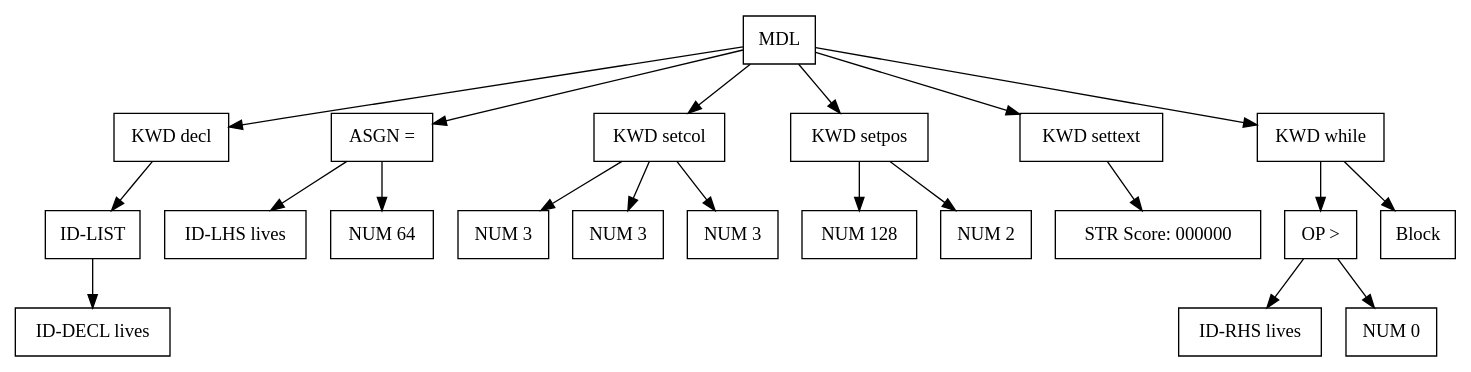
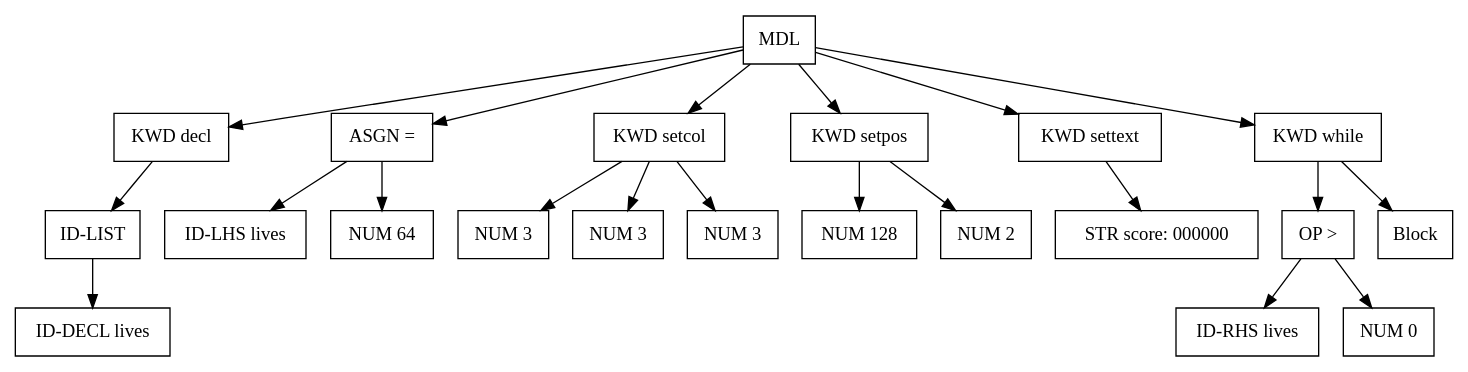
One commit to seanbutler/Morris changed the diagram in assets/code/score.src.gv. Above: the diagram before and after it, drawn with Graphviz. The commit also changed 34 other files, not shown here.

```diff
--- a/assets/code/score.src.gv
+++ b/assets/code/score.src.gv
@@ -1,65 +1,65 @@
 digraph G {
 node [shape = circle];
-node624 [ uuid = "a08b6448-fd0f-420d-94d2-bf558ea5275e" shape = "record" label = "MDL
+node624 [ uuid = "f4083949-eaf2-47b8-ab9a-dc90b492821a" shape = "record" label = "MDL
  " ];
-node625 [ uuid = "16d5338c-830d-4b47-a0f3-dfee215d42a3" shape = "record" label = "KWD
+node625 [ uuid = "629ad6f8-fecd-4a34-b279-28adca26c87f" shape = "record" label = "KWD
  decl" ];
-node626 [ uuid = "80efe475-ec8a-4f45-832d-3ccfb6b39dc8" shape = "record" label = "ID-LIST
+node626 [ uuid = "88d9071f-9a9e-4666-8fc3-23beb3218adb" shape = "record" label = "ID-LIST
  " ];
-node627 [ uuid = "5f1f10ce-c0f5-4f53-b77c-694645b984c0" shape = "record" label = "ID-DECL
+node627 [ uuid = "907241b9-ea36-4886-94ff-564b173e781f" shape = "record" label = "ID-DECL
  lives" ];
 node626 -> node627;
 node625 -> node626;
 node624 -> node625;
-node629 [ uuid = "3aaf3f7f-a09a-4825-b706-2ea0ea0a04cf" shape = "record" label = "ASGN
+node629 [ uuid = "911b0fa7-d6a7-4e96-abb4-7872251aeb91" shape = "record" label = "ASGN
  =" ];
-node628 [ uuid = "64a3b2de-bf97-4b62-89aa-c25369255093" shape = "record" label = "ID-LHS
+node628 [ uuid = "8a0d8920-57a6-4dd1-a3b8-b3d2d95cf999" shape = "record" label = "ID-LHS
  lives" ];
 node629 -> node628;
-node630 [ uuid = "3a46d0d4-6ae7-4e65-859e-cae75ba83b9e" shape = "record" label = "NUM
+node630 [ uuid = "d3f8668b-c119-437f-a3a3-83e845096461" shape = "record" label = "NUM
  64" ];
 node629 -> node630;
 node624 -> node629;
-node631 [ uuid = "a18ad074-dacf-40a2-b486-6f046957c372" shape = "record" label = "KWD
+node631 [ uuid = "9cc5cd40-5888-4069-bb85-5f64bae52482" shape = "record" label = "KWD
  setcol" ];
-node632 [ uuid = "51351737-b49c-4f84-8668-c5b3bb356e0f" shape = "record" label = "NUM
+node632 [ uuid = "eb151bac-4861-482a-80f6-b70ba189467e" shape = "record" label = "NUM
  3" ];
 node631 -> node632;
-node633 [ uuid = "e22bf928-2a65-4e5a-ae07-ff53c790a6e2" shape = "record" label = "NUM
+node633 [ uuid = "445a917a-8825-4951-a7f4-14a848fce567" shape = "record" label = "NUM
  3" ];
 node631 -> node633;
-node634 [ uuid = "4a755cf1-6bda-4f48-b99a-dd42821d8aca" shape = "record" label = "NUM
+node634 [ uuid = "090fd771-b1d9-4b78-b68f-7b2a8092ccbf" shape = "record" label = "NUM
  3" ];
 node631 -> node634;
 node624 -> node631;
-node635 [ uuid = "4bbb68ae-3940-4fdd-af7b-bf010de8bc99" shape = "record" label = "KWD
+node635 [ uuid = "e459faf5-81c5-4f9d-bd42-87d8d2fe433f" shape = "record" label = "KWD
  setpos" ];
-node636 [ uuid = "871f4fed-d09a-4d24-b7f8-26179f32f26f" shape = "record" label = "NUM
+node636 [ uuid = "bb944897-a228-4123-8e56-dd243f88ed31" shape = "record" label = "NUM
  128" ];
 node635 -> node636;
-node637 [ uuid = "464f22c2-616a-47c6-b73b-f5fef02e6310" shape = "record" label = "NUM
+node637 [ uuid = "8b54702a-78fe-4396-8828-f74bb90ae8d8" shape = "record" label = "NUM
  2" ];
 node635 -> node637;
 node624 -> node635;
-node638 [ uuid = "c00aa762-b626-41a3-a9eb-61aae2a434f0" shape = "record" label = "KWD
+node638 [ uuid = "226c1d19-22eb-4e30-b302-2d68198bd94c" shape = "record" label = "KWD
  settext" ];
-node639 [ uuid = "3b971124-5104-4473-aa91-bcd4629cbd10" shape = "record" label = "STR
- Score: 000000" ];
+node639 [ uuid = "17083d73-0212-400a-ba74-b87f3c65ce6f" shape = "record" label = "STR
+ score: 000000" ];
 node638 -> node639;
 node624 -> node638;
-node640 [ uuid = "d053f040-af02-4492-ab0e-b5d5ebf8c2da" shape = "record" label = "KWD
+node640 [ uuid = "53769f73-502d-4897-9e33-709db76da0e1" shape = "record" label = "KWD
  while" ];
-node642 [ uuid = "bc61825d-eb19-4bc8-aec0-89adbe19a6d6" shape = "record" label = "OP
+node642 [ uuid = "a7b98080-ffdf-49d4-ae65-4788a08f0d24" shape = "record" label = "OP
  \>" ];
-node641 [ uuid = "4e837f2d-dc8d-42a4-b08c-0a8fa36291a6" shape = "record" label = "ID-RHS
+node641 [ uuid = "6df62b5e-581e-4f0e-b5aa-211fab401ffa" shape = "record" label = "ID-RHS
  lives" ];
 node642 -> node641;
-node643 [ uuid = "1f9d0202-bd51-40e0-b106-619aba59f99c" shape = "record" label = "NUM
+node643 [ uuid = "3cb9f5cd-98e5-444d-a73d-09bf79cdac00" shape = "record" label = "NUM
  0" ];
 node642 -> node643;
 node640 -> node642;
-node644 [ uuid = "217246da-1566-40c5-9bd6-64882f210ca5" shape = "record" label = "Block
+node644 [ uuid = "f6532164-1ab9-4888-8f84-9aedf7b927c7" shape = "record" label = "Block
  " ];
 node640 -> node644;
 node624 -> node640;
 }
```
